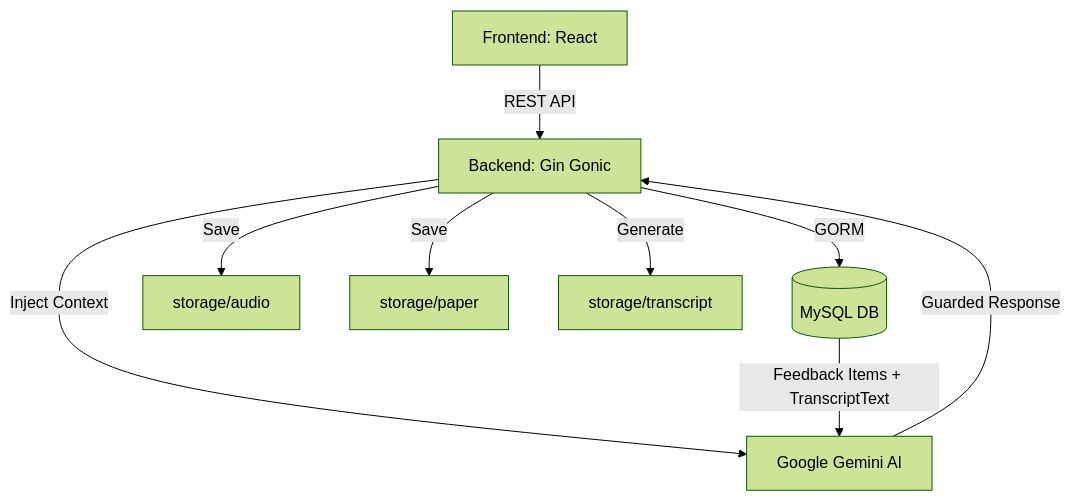
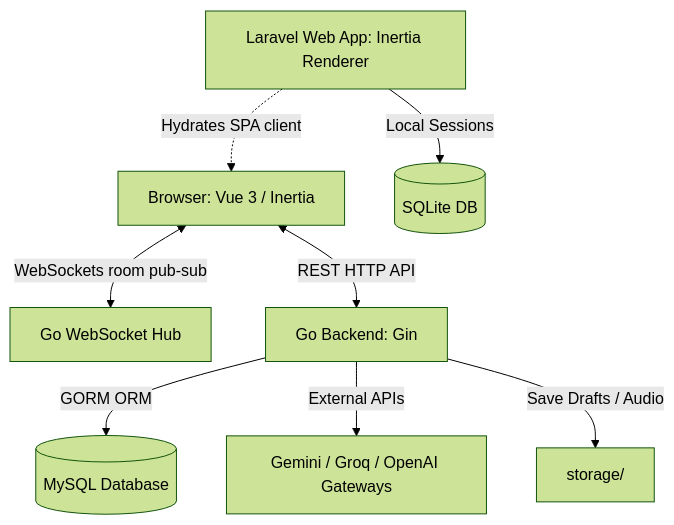
One commit to cruzhgggggg-coder/TIERLOG_FRONT_BACK_AI changed the diagram in README.md. Above: the diagram before and after it, drawn with Mermaid (forest theme). The commit also changed other lines of this file and 14 other files, not shown here.

````diff
--- a/README.md
+++ b/README.md
@@ -37,11 +38,10 @@
 ```mermaid
 graph TD
-    A[Frontend: React] -->|REST API| B[Backend: Gin Gonic]
-    B -->|GORM| C[(MySQL DB)]
-    B -->|Save| D[storage/audio]
-    B -->|Save| E[storage/paper]
-    B -->|Generate| F[storage/transcript]
-    B -->|Inject Context| G[Google Gemini AI]
-    C -->|Feedback Items + TranscriptText| G
-    G -->|Guarded Response| B
+    Client[Browser: Vue 3 / Inertia] <-->|WebSockets room pub-sub| WS[Go WebSocket Hub]
+    Client <-->|REST HTTP API| GoServer[Go Backend: Gin]
+    GoServer -->|GORM ORM| MySQL[(MySQL Database)]
+    GoServer -->|External APIs| AI[Gemini / Groq / OpenAI Gateways]
+    GoServer -->|Save Drafts / Audio| Disk[storage/]
+    LaravelWeb[Laravel Web App: Inertia Renderer] -.->|Hydrates SPA client| Client
+    LaravelWeb -->|Local Sessions| SQLite[(SQLite DB)]
 ```
````
